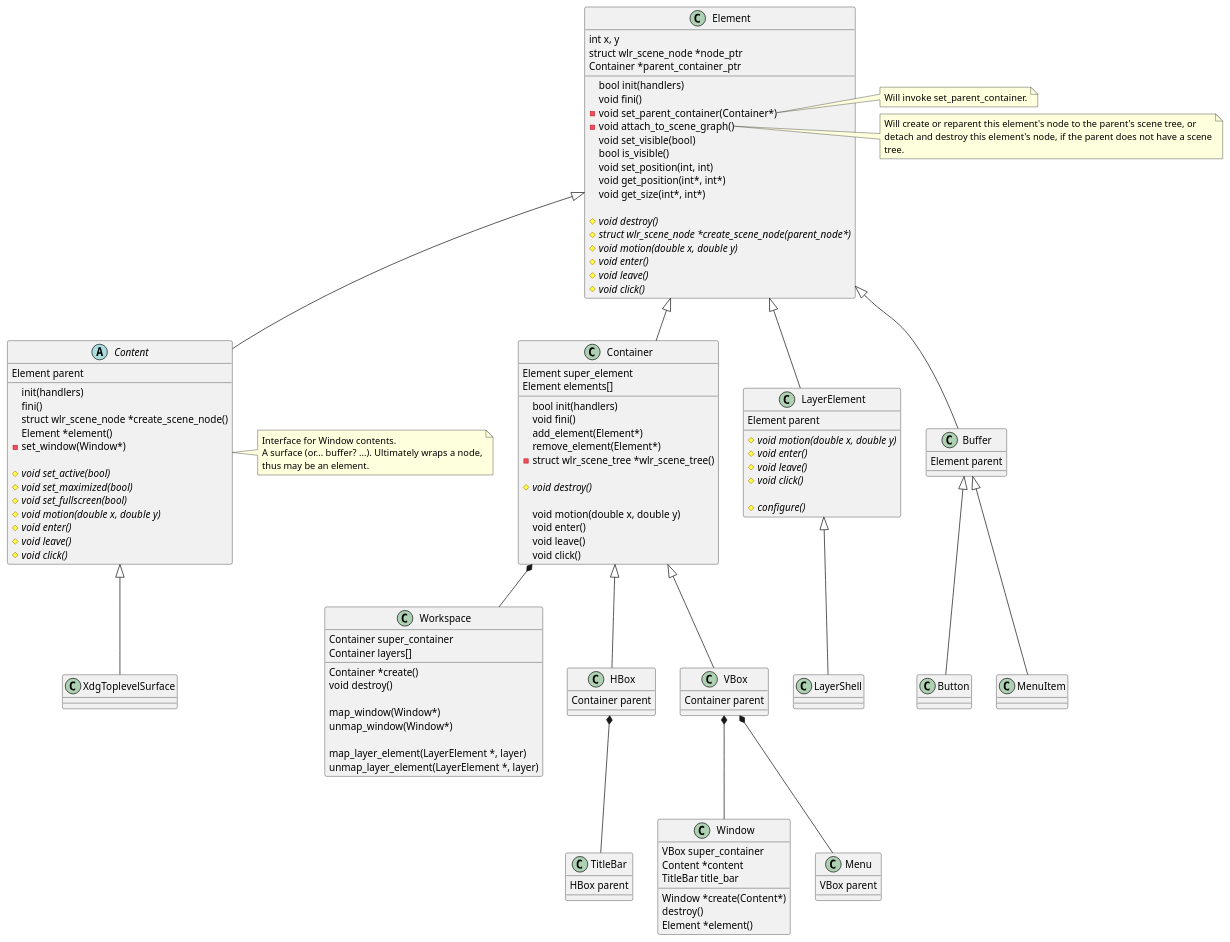
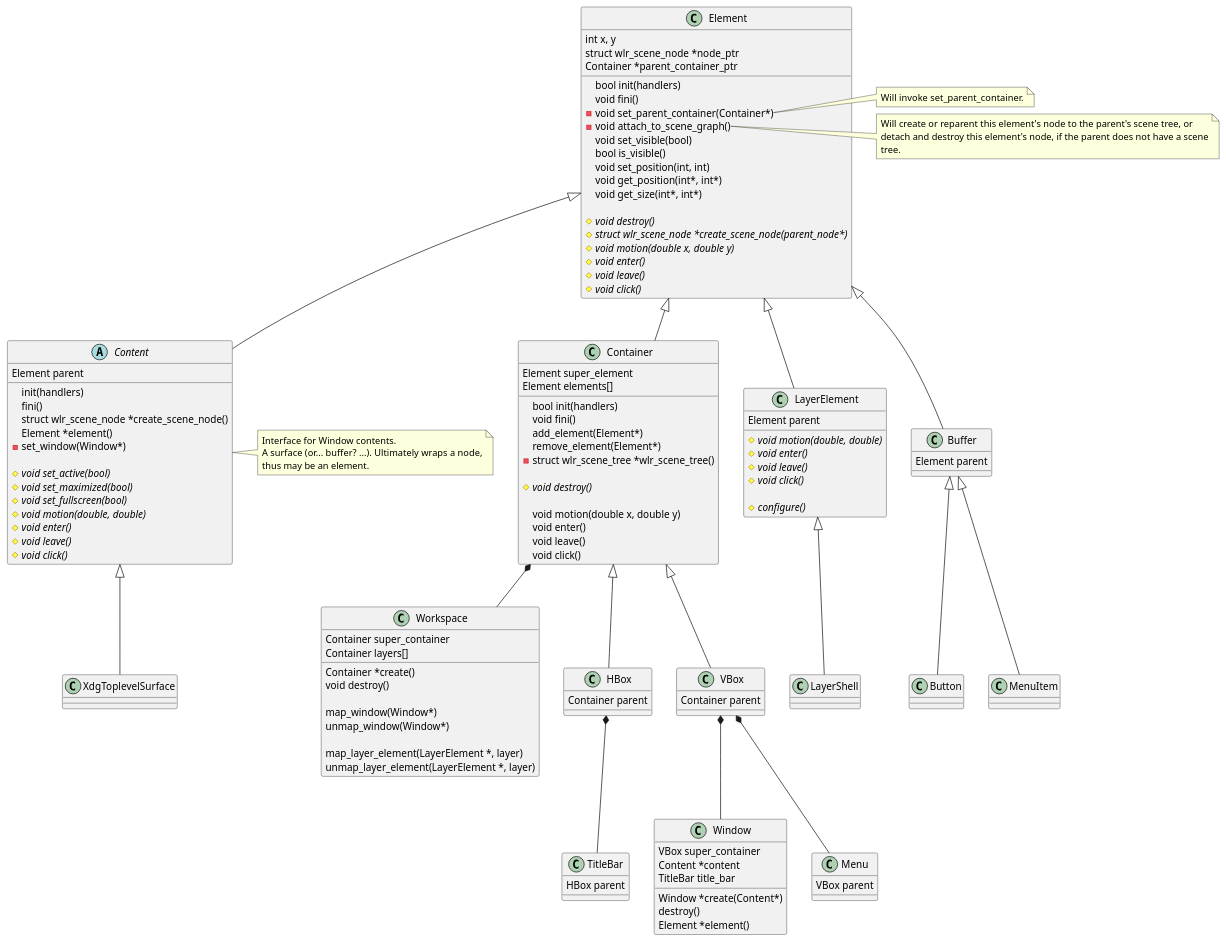
The first of 2 diagrams in src/toolkit/toolkit.md (phkaeser/wlmaker), drawn with PlantUML before and after one commit. The commit also changed 3 other files, not shown here.

Commit message:
Changes type of pointer motion args to double.

```diff
--- a/src/toolkit/toolkit.md
+++ b/src/toolkit/toolkit.md
@@ -115,7 +115,7 @@
   {abstract}#void set_active(bool)
   {abstract}#void set_maximized(bool)
   {abstract}#void set_fullscreen(bool)
-  {abstract}#void motion(double x, double y)
+  {abstract}#void motion(double, double)
   {abstract}#void enter()
   {abstract}#void leave()
   {abstract}#void click()
@@ -130,7 +130,7 @@
 class LayerElement {
   Element parent
 
-  {abstract}#void motion(double x, double y)
+  {abstract}#void motion(double, double)
   {abstract}#void enter()
   {abstract}#void leave()
   {abstract}#void click()
```
